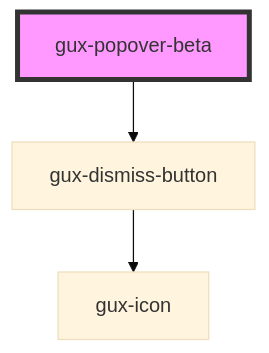
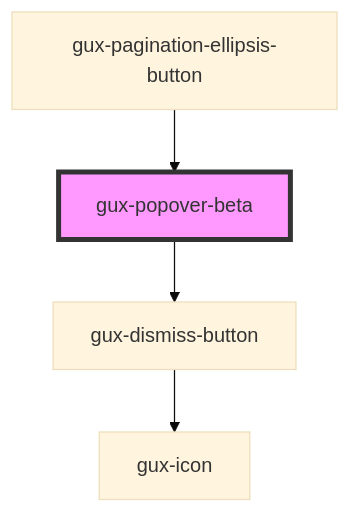
One commit to MyPureCloud/genesys-spark changed the diagram in packages/genesys-spark-components/src/components/beta/gux-popover-beta/readme.md. Above: the diagram before and after it, drawn with Mermaid (base theme). The commit also changed other lines of this file and 17 other files, not shown here.

First line of the commit message:
feat(pagination-beta): addition of new pagination features

````diff
--- a/packages/genesys-spark-components/src/components/beta/gux-popover-beta/readme.md
+++ b/packages/genesys-spark-components/src/components/beta/gux-popover-beta/readme.md
@@ -46,6 +50,7 @@
 ```mermaid
 graph TD;
   gux-popover-beta --> gux-dismiss-button
   gux-dismiss-button --> gux-icon
+  gux-pagination-ellipsis-button --> gux-popover-beta
   style gux-popover-beta fill:#f9f,stroke:#333,stroke-width:4px
 ```
````
